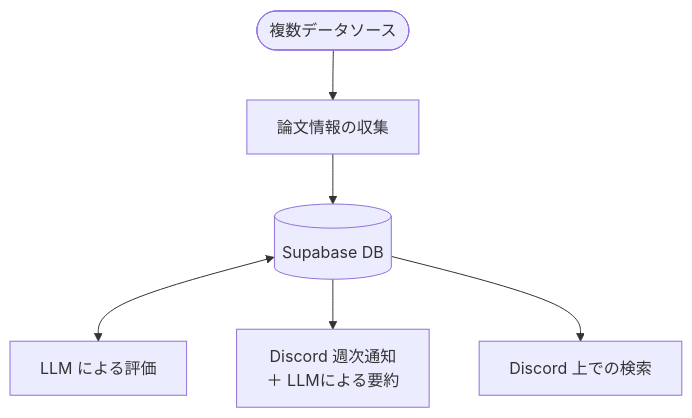
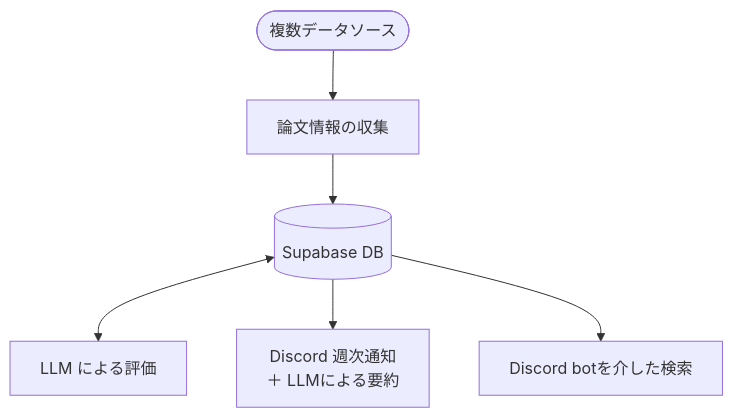
The diagram in README.md (garage-pq/linguistics-paper-radar), drawn with Mermaid before and after one commit. The commit also changed other lines of this file, not shown here.

````diff
--- a/README.md
+++ b/README.md
@@ -36,8 +36,8 @@
 ```mermaid
 flowchart TD
     Sources([複数データソース]) --> Collect[論文情報の収集]
     Collect --> DB[(Supabase DB)]
     DB <--> LLM[LLM による評価]
     DB --> Notify[Discord 週次通知<br>＋ LLMによる要約]
-    DB --> Search[Discord 上での検索]
+    DB --> Search[Discord botを介した検索]
 ```
````
